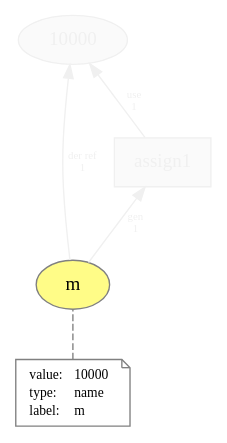
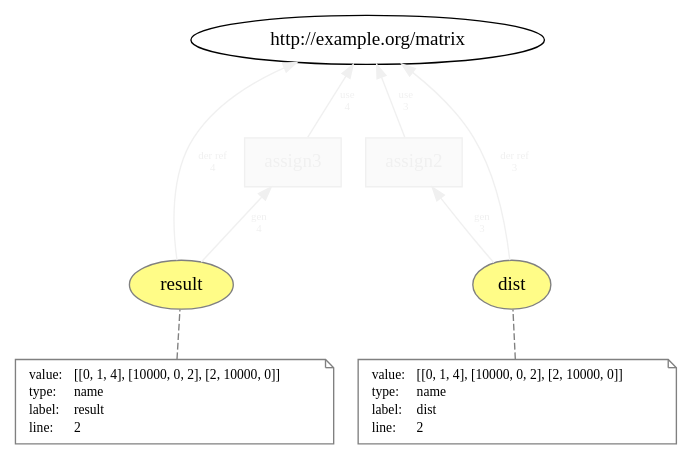
The diagram in generated/versioned_prov/temp/L2__assign.dot (dew-uff/versioned-prov), drawn with Graphviz before and after one commit. The commit also changed 2643 other files, not shown here.

```diff
--- a/generated/versioned_prov/temp/L2__assign.dot
+++ b/generated/versioned_prov/temp/L2__assign.dot
@@ -1,26 +1,56 @@
 digraph "PROV" { size="16,12"; rankdir="BT";
-"http://example.org/10000" [fillcolor="#FAFAFA",color="#F0F0F0",style="filled",fontcolor="#F0F0F0",label="10000",URL="http://example.org/10000"]
-"http://example.org/m" [fillcolor="#FFFC87",color="#808080",style="filled",label="m",URL="http://example.org/m"]
+"http://example.org/dist" [fillcolor="#FFFC87",color="#808080",style="filled",label="dist",URL="http://example.org/dist"]
 "-attrs0" [color="gray",shape="note",fontsize="10",fontcolor="black",label=<<TABLE cellpadding="0" border="0">
 	<TR>
 	    <TD align="left">value:</TD>
-	    <TD align="left">10000</TD>
+	    <TD align="left">[[0, 1, 4], [10000, 0, 2], [2, 10000, 0]]</TD>
 	</TR>
 	<TR>
 	    <TD align="left">type:</TD>
 	    <TD align="left">name</TD>
 	</TR>
 	<TR>
 	    <TD align="left">label:</TD>
-	    <TD align="left">m</TD>
+	    <TD align="left">dist</TD>
+	</TR>
+	<TR>
+	    <TD align="left">line:</TD>
+	    <TD align="left">2</TD>
 	</TR>
 </TABLE>>]
-"-attrs0" -> "http://example.org/m" [color="gray",style="dashed",arrowhead="none"]
-"http://example.org/assign1" [fillcolor="#FAFAFA",color="#F0F0F0",shape="polygon",sides="4",style="filled",fontcolor="#F0F0F0",label="assign1",URL="http://example.org/assign1"]
-"http://example.org/m" -> "http://example.org/10000" [fontsize="8",distance="1.5",angle="60.0",rotation="20",label="der ref
-1",fontcolor="#F0F0F0",color="#F0F0F0"]
-"http://example.org/assign1" -> "http://example.org/10000" [fontsize="8",distance="1.5",angle="60.0",rotation="20",label="use
-1",fontcolor="#F0F0F0",color="#F0F0F0"]
-"http://example.org/m" -> "http://example.org/assign1" [fontsize="8",distance="1.5",angle="60.0",rotation="20",label="gen
-1",fontcolor="#F0F0F0",color="#F0F0F0"]
+"-attrs0" -> "http://example.org/dist" [color="gray",style="dashed",arrowhead="none"]
+"http://example.org/assign2" [fillcolor="#FAFAFA",color="#F0F0F0",shape="polygon",sides="4",style="filled",fontcolor="#F0F0F0",label="assign2",URL="http://example.org/assign2"]
+"http://example.org/dist" -> "http://example.org/matrix" [fontsize="8",distance="1.5",angle="60.0",rotation="20",label="der ref
+3",fontcolor="#F0F0F0",color="#F0F0F0"]
+"http://example.org/result" [fillcolor="#FFFC87",color="#808080",style="filled",label="result",URL="http://example.org/result"]
+"-attrs1" [color="gray",shape="note",fontsize="10",fontcolor="black",label=<<TABLE cellpadding="0" border="0">
+	<TR>
+	    <TD align="left">value:</TD>
+	    <TD align="left">[[0, 1, 4], [10000, 0, 2], [2, 10000, 0]]</TD>
+	</TR>
+	<TR>
+	    <TD align="left">type:</TD>
+	    <TD align="left">name</TD>
+	</TR>
+	<TR>
+	    <TD align="left">label:</TD>
+	    <TD align="left">result</TD>
+	</TR>
+	<TR>
+	    <TD align="left">line:</TD>
+	    <TD align="left">2</TD>
+	</TR>
+</TABLE>>]
+"-attrs1" -> "http://example.org/result" [color="gray",style="dashed",arrowhead="none"]
+"http://example.org/assign3" [fillcolor="#FAFAFA",color="#F0F0F0",shape="polygon",sides="4",style="filled",fontcolor="#F0F0F0",label="assign3",URL="http://example.org/assign3"]
+"http://example.org/result" -> "http://example.org/matrix" [fontsize="8",distance="1.5",angle="60.0",rotation="20",label="der ref
+4",fontcolor="#F0F0F0",color="#F0F0F0"]
+"http://example.org/assign2" -> "http://example.org/matrix" [fontsize="8",distance="1.5",angle="60.0",rotation="20",label="use
+3",fontcolor="#F0F0F0",color="#F0F0F0"]
+"http://example.org/assign3" -> "http://example.org/matrix" [fontsize="8",distance="1.5",angle="60.0",rotation="20",label="use
+4",fontcolor="#F0F0F0",color="#F0F0F0"]
+"http://example.org/dist" -> "http://example.org/assign2" [fontsize="8",distance="1.5",angle="60.0",rotation="20",label="gen
+3",fontcolor="#F0F0F0",color="#F0F0F0"]
+"http://example.org/result" -> "http://example.org/assign3" [fontsize="8",distance="1.5",angle="60.0",rotation="20",label="gen
+4",fontcolor="#F0F0F0",color="#F0F0F0"]
 }
```
